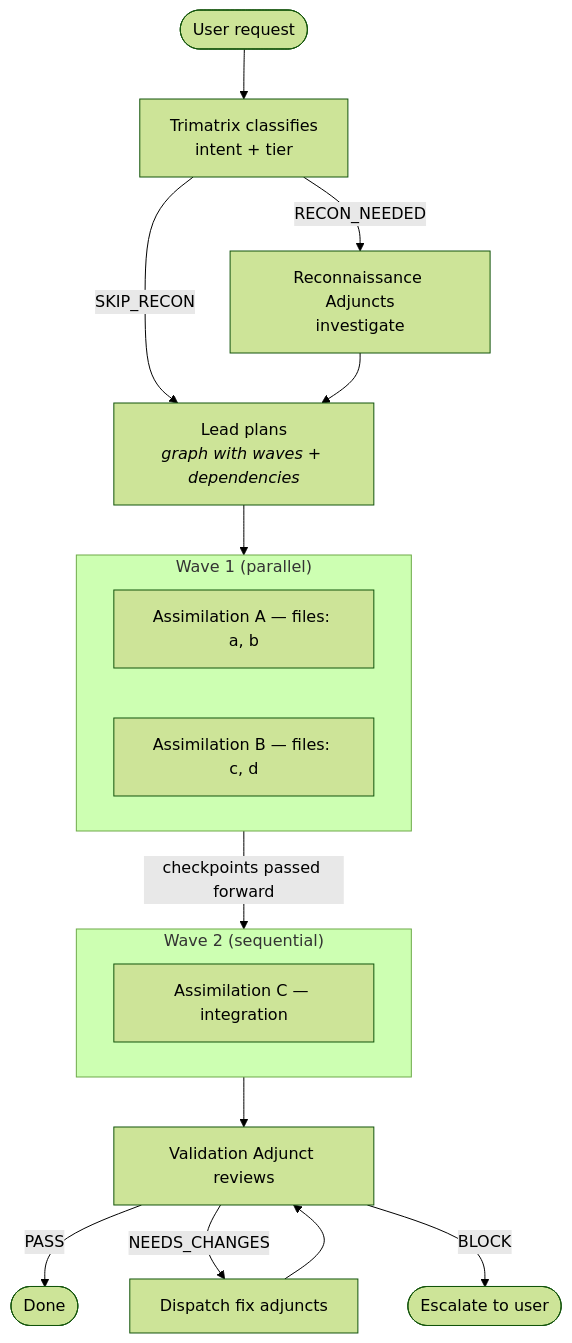
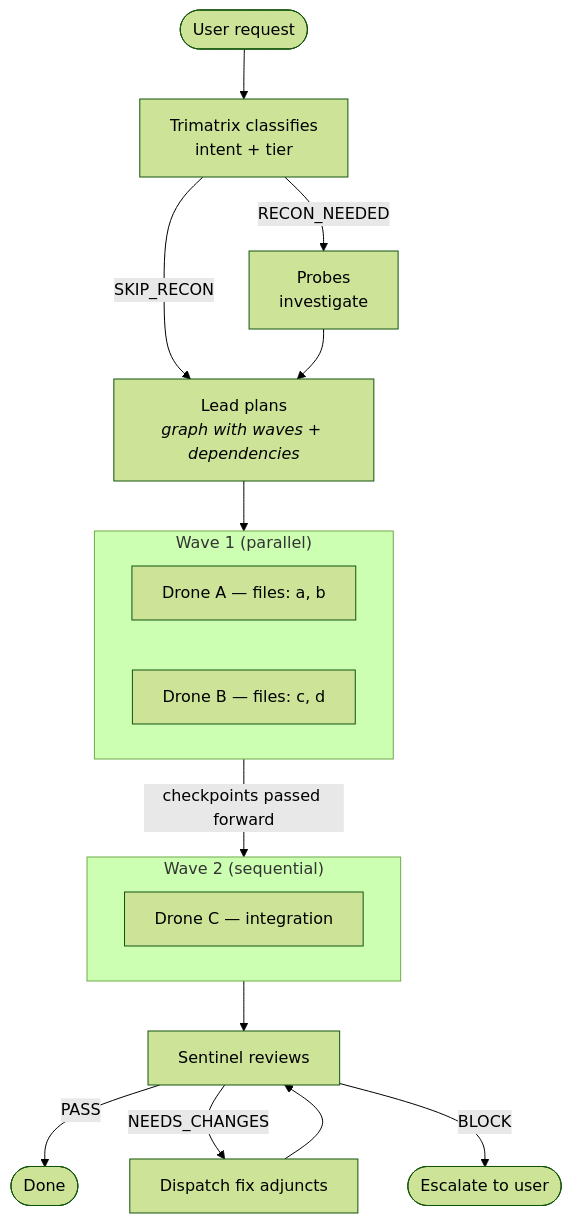
The fourth of 10 diagrams in README.md (benediktms/unimatrix), drawn with Mermaid (forest theme) before and after one commit. The commit also changed other lines of this file and 30 other files, not shown here.

````diff
--- a/README.md
+++ b/README.md
@@ -245,30 +245,30 @@
 ```mermaid
 flowchart TD
     Request([User request])
     Request --> Classify
 
     Classify["Trimatrix classifies<br/>intent + tier"]
-    Classify -->|RECON_NEEDED| Recon["Reconnaissance Adjuncts<br/>investigate"]
+    Classify -->|RECON_NEEDED| Recon["Probes<br/>investigate"]
     Classify -->|SKIP_RECON| Plan
 
     Recon --> Plan["Lead plans<br/><i>graph with waves + dependencies</i>"]
 
     Plan --> Wave1
 
     subgraph Wave1 ["Wave 1 (parallel)"]
-        AdjA["Assimilation A — files: a, b"]
-        AdjB["Assimilation B — files: c, d"]
+        AdjA["Drone A — files: a, b"]
+        AdjB["Drone B — files: c, d"]
     end
 
     Wave1 -->|checkpoints passed forward| Wave2
 
     subgraph Wave2 ["Wave 2 (sequential)"]
-        AdjC["Assimilation C — integration"]
+        AdjC["Drone C — integration"]
     end
 
-    Wave2 --> Review["Validation Adjunct reviews"]
+    Wave2 --> Review["Sentinel reviews"]
     Review -->|PASS| Done([Done])
     Review -->|NEEDS_CHANGES| Fix["Dispatch fix adjuncts"]
     Review -->|BLOCK| Escalate([Escalate to user])
     Fix --> Review
 ```
````
